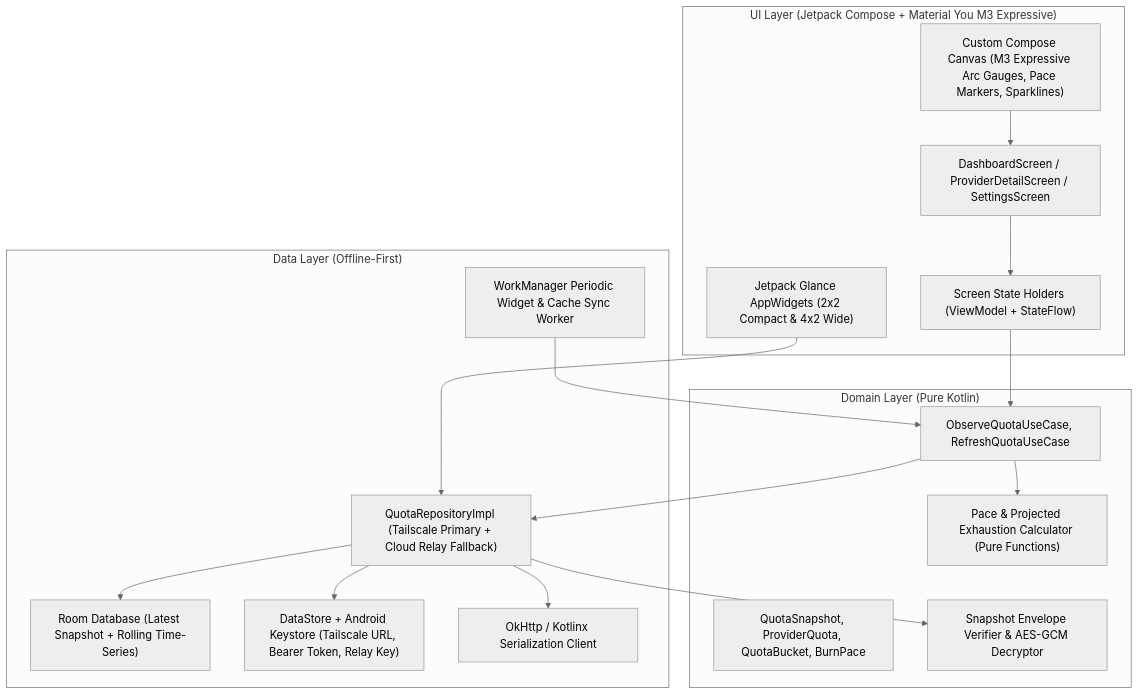
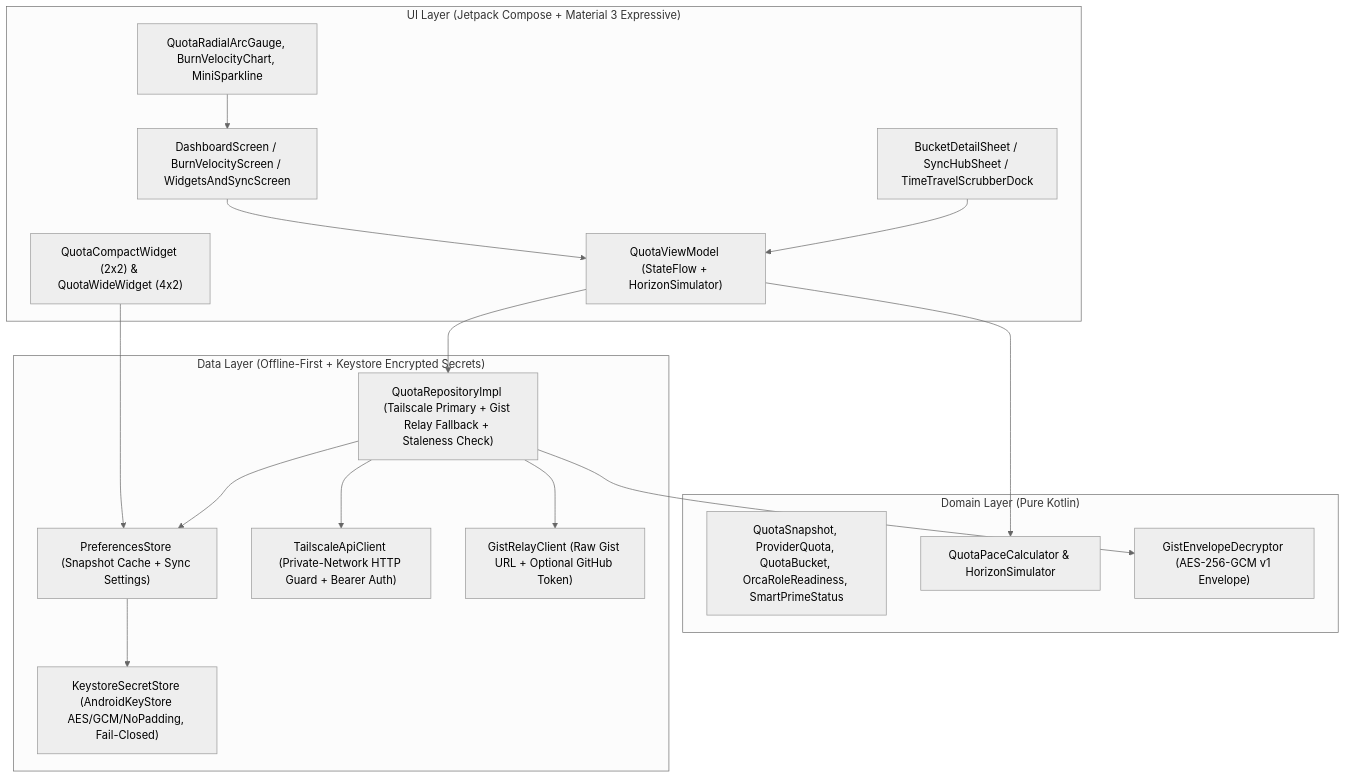
One commit to deji/ai-quota-monitor changed the second of 2 diagrams in docs/plan.md. Above: the diagram before and after it, drawn with Mermaid (neutral theme). The commit also changed other lines of this file and 2 other files, not shown here.

Commit message:
docs(plan): align plan and provider specs with Grok 4.7 architectural review

````diff
--- a/docs/plan.md
+++ b/docs/plan.md
@@ -75,36 +77,36 @@
 ```mermaid
 flowchart TD
-    subgraph UI["UI Layer (Jetpack Compose + Material You M3 Expressive)"]
-        Screens["DashboardScreen / ProviderDetailScreen / SettingsScreen"]
-        Canvas["Custom Compose Canvas (M3 Expressive Arc Gauges, Pace Markers, Sparklines)"]
-        Glance["Jetpack Glance AppWidgets (2x2 Compact & 4x2 Wide)"]
-        VM["Screen State Holders (ViewModel + StateFlow)"]
+    subgraph UI["UI Layer (Jetpack Compose + Material 3 Expressive)"]
+        Screens["DashboardScreen / BurnVelocityScreen / WidgetsAndSyncScreen"]
+        Sheets["BucketDetailSheet / SyncHubSheet / TimeTravelScrubberDock"]
+        Canvas["QuotaRadialArcGauge, BurnVelocityChart, MiniSparkline"]
+        Glance["QuotaCompactWidget (2x2) & QuotaWideWidget (4x2)"]
+        VM["QuotaViewModel (StateFlow + HorizonSimulator)"]
     end
 
     subgraph Domain["Domain Layer (Pure Kotlin)"]
-        Models["QuotaSnapshot, ProviderQuota, QuotaBucket, BurnPace"]
-        Calc["Pace & Projected Exhaustion Calculator (Pure Functions)"]
-        Crypto["Snapshot Envelope Verifier & AES-GCM Decryptor"]
-        UseCases["ObserveQuotaUseCase, RefreshQuotaUseCase"]
+        Models["QuotaSnapshot, ProviderQuota, QuotaBucket, OrcaRoleReadiness, SmartPrimeStatus"]
+        Calc["QuotaPaceCalculator & HorizonSimulator"]
+        Crypto["GistEnvelopeDecryptor (AES-256-GCM v1 Envelope)"]
     end
 
-    subgraph Data["Data Layer (Offline-First)"]
-        Repo["QuotaRepositoryImpl (Tailscale Primary + Cloud Relay Fallback)"]
-        Room["Room Database (Latest Snapshot + Rolling Time-Series)"]
-        DataStore["DataStore + Android Keystore (Tailscale URL, Bearer Token, Relay Key)"]
-        Network["OkHttp / Kotlinx Serialization Client"]
-        Work["WorkManager Periodic Widget & Cache Sync Worker"]
+    subgraph Data["Data Layer (Offline-First + Keystore Encrypted Secrets)"]
+        Repo["QuotaRepositoryImpl (Tailscale Primary + Gist Relay Fallback + Staleness Check)"]
+        Prefs["PreferencesStore (Snapshot Cache + Sync Settings)"]
+        Keystore["KeystoreSecretStore (AndroidKeyStore AES/GCM/NoPadding, Fail-Closed)"]
+        TSClient["TailscaleApiClient (Private-Network HTTP Guard + Bearer Auth)"]
+        GistClient["GistRelayClient (Raw Gist URL + Optional GitHub Token)"]
     end
 
     Screens --> VM
+    Sheets --> VM
     Canvas --> Screens
-    Glance --> Repo
-    VM --> UseCases
-    UseCases --> Calc
-    UseCases --> Repo
+    Glance --> Prefs
+    VM --> Calc
+    VM --> Repo
     Repo --> Crypto
-    Repo --> Room
-    Repo --> DataStore
-    Repo --> Network
-    Work --> UseCases
+    Repo --> Prefs
+    Prefs --> Keystore
+    Repo --> TSClient
+    Repo --> GistClient
 ```
````
